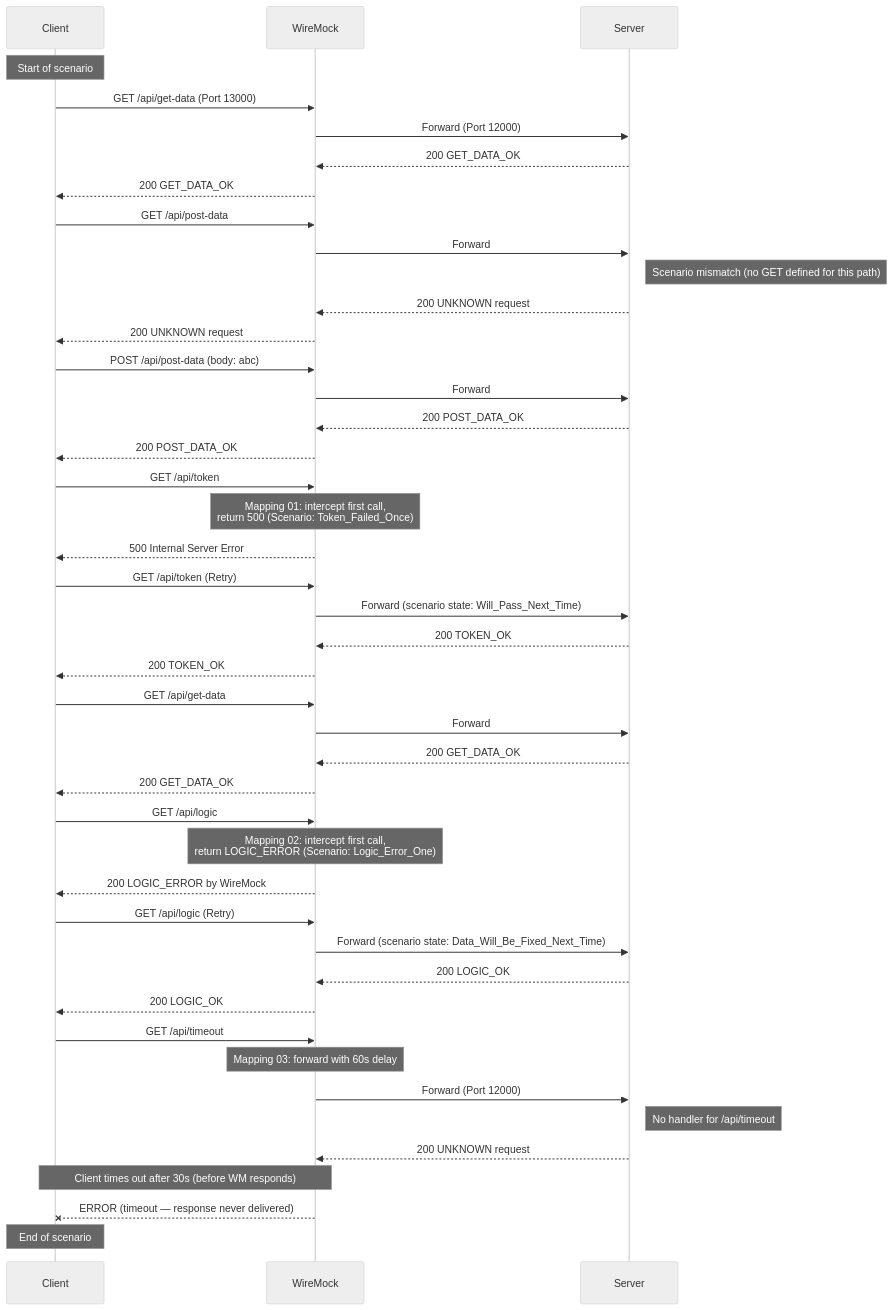
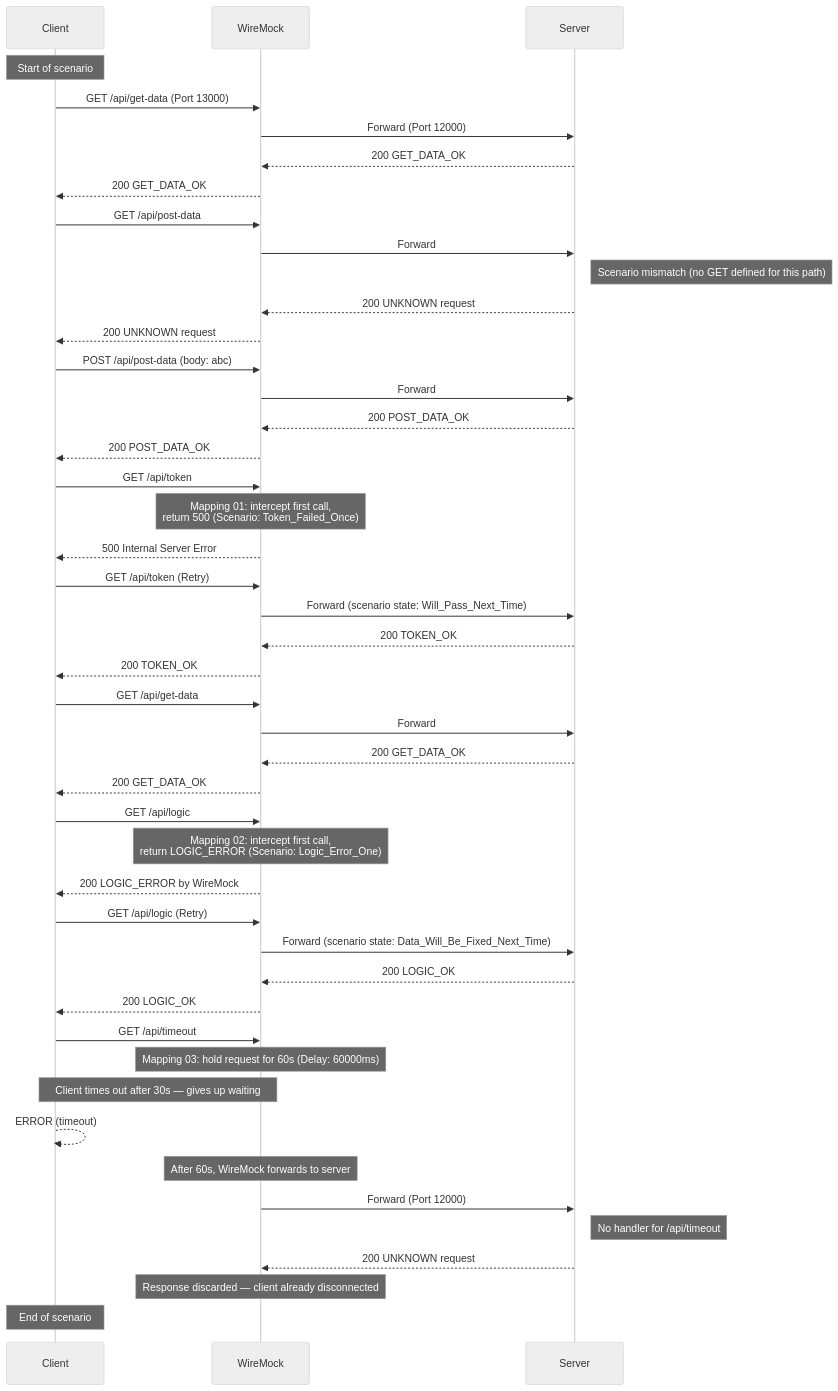
The second of 2 diagrams in tests/03_WireMockWithControl/README.md (umbalaconmeogia/usage-toxi-proxy), drawn with Mermaid (neutral theme) before and after one commit. The commit also changed 29 other files, not shown here.

````diff
--- a/tests/03_WireMockWithControl/README.md
+++ b/tests/03_WireMockWithControl/README.md
@@ -47,57 +47,59 @@
 ```mermaid
 sequenceDiagram
     participant Client
     participant WM as WireMock
     participant Server
 
     Note over Client: Start of scenario
 
     Client->>WM: GET /api/get-data (Port 13000)
     WM->>Server: Forward (Port 12000)
     Server-->>WM: 200 GET_DATA_OK
     WM-->>Client: 200 GET_DATA_OK
 
     Client->>WM: GET /api/post-data
     WM->>Server: Forward
     Note right of Server: Scenario mismatch (no GET defined for this path)
     Server-->>WM: 200 UNKNOWN request
     WM-->>Client: 200 UNKNOWN request
 
     Client->>WM: POST /api/post-data (body: abc)
     WM->>Server: Forward
     Server-->>WM: 200 POST_DATA_OK
     WM-->>Client: 200 POST_DATA_OK
 
     Client->>WM: GET /api/token
     Note over WM: Mapping 01: intercept first call,<br/>return 500 (Scenario: Token_Failed_Once)
     WM-->>Client: 500 Internal Server Error
 
     Client->>WM: GET /api/token (Retry)
     WM->>Server: Forward (scenario state: Will_Pass_Next_Time)
     Server-->>WM: 200 TOKEN_OK
     WM-->>Client: 200 TOKEN_OK
 
     Client->>WM: GET /api/get-data
     WM->>Server: Forward
     Server-->>WM: 200 GET_DATA_OK
     WM-->>Client: 200 GET_DATA_OK
 
     Client->>WM: GET /api/logic
     Note over WM: Mapping 02: intercept first call,<br/>return LOGIC_ERROR (Scenario: Logic_Error_One)
     WM-->>Client: 200 LOGIC_ERROR by WireMock
 
     Client->>WM: GET /api/logic (Retry)
     WM->>Server: Forward (scenario state: Data_Will_Be_Fixed_Next_Time)
     Server-->>WM: 200 LOGIC_OK
     WM-->>Client: 200 LOGIC_OK
 
     Client->>WM: GET /api/timeout
-    Note over WM: Mapping 03: forward with 60s delay
+    Note over WM: Mapping 03: hold request for 60s (Delay: 60000ms)
+    Note over Client,WM: Client times out after 30s — gives up waiting
+    Client-->>Client: ERROR (timeout)
+    Note over WM: After 60s, WireMock forwards to server
     WM->>Server: Forward (Port 12000)
     Note right of Server: No handler for /api/timeout
     Server-->>WM: 200 UNKNOWN request
-    Note over Client,WM: Client times out after 30s (before WM responds)
-    WM--xClient: ERROR (timeout — response never delivered)
+    Note over WM: Response discarded — client already disconnected
 
     Note over Client: End of scenario
 ```
````
